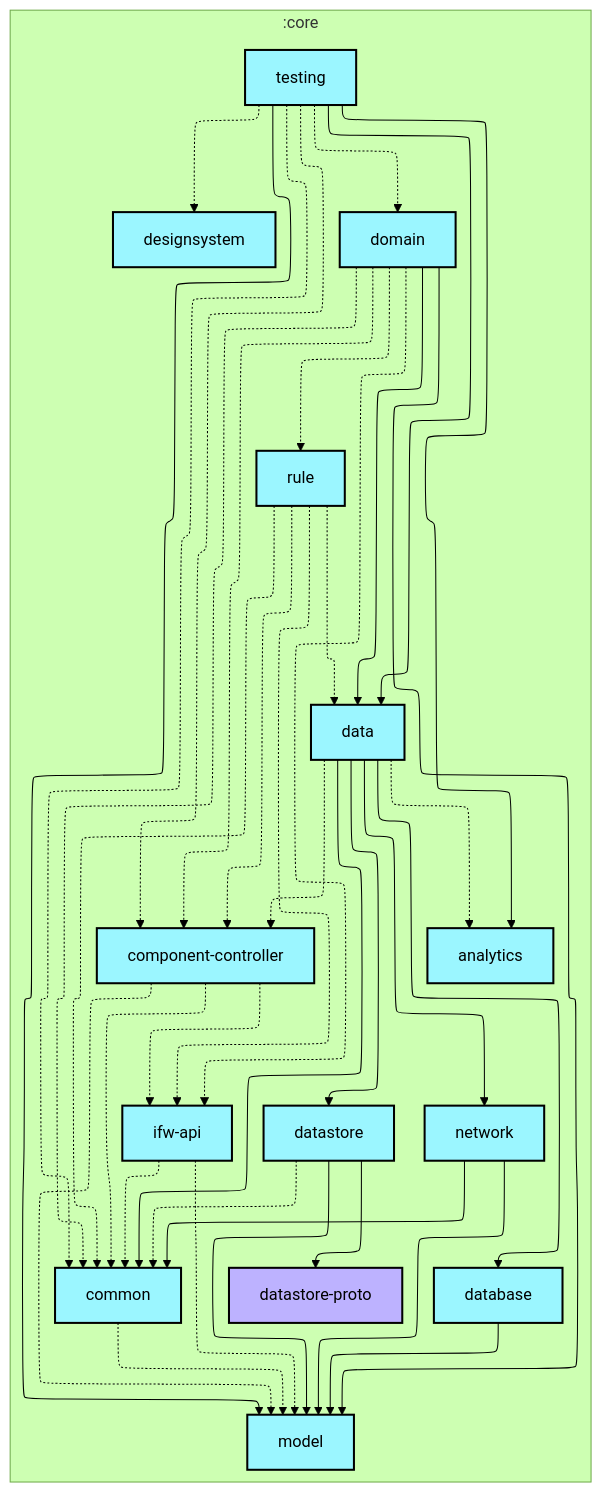
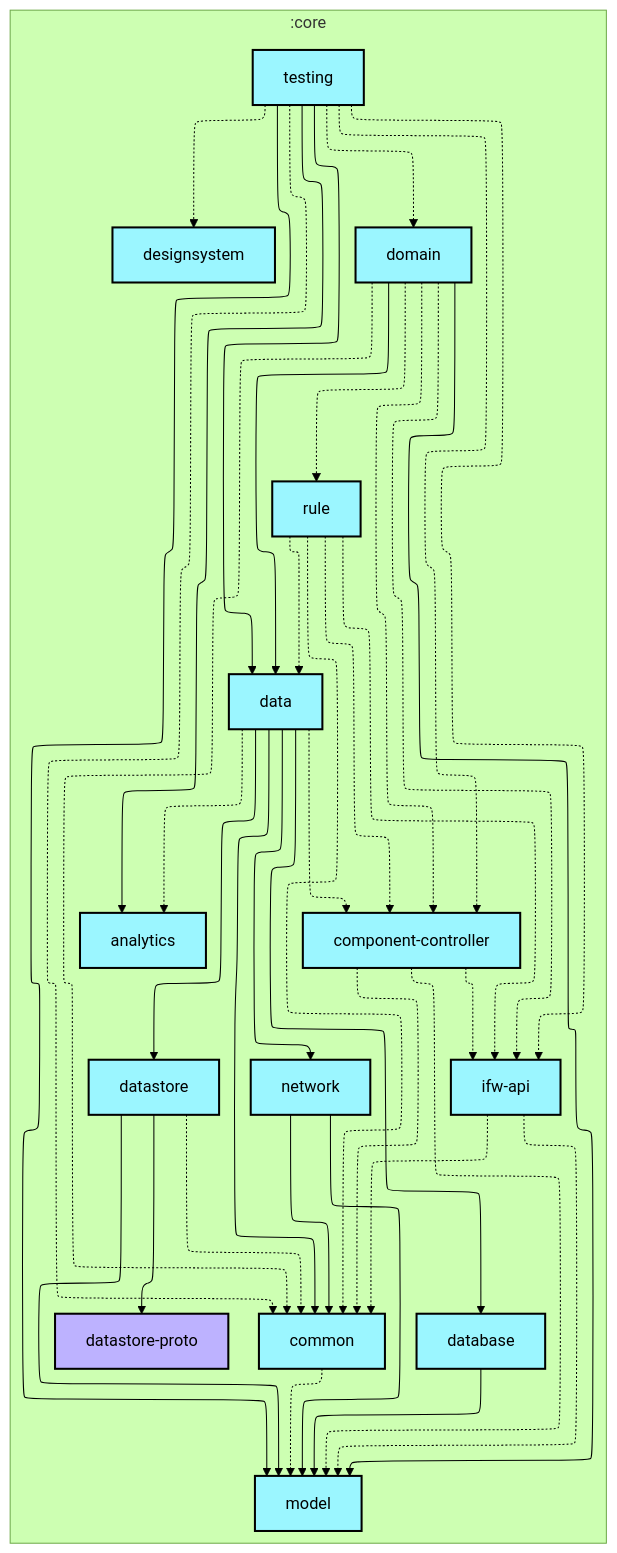
One commit to lihenggui/blocker changed the first of 2 diagrams in core/testing/README.md. Above: the diagram before and after it, drawn with Mermaid (forest theme).

Commit message:
🤖 Updates graphs

````diff
--- a/core/testing/README.md
+++ b/core/testing/README.md
@@ -6,69 +6,70 @@
 ```mermaid
 ---
 config:
   layout: elk
   elk:
     nodePlacementStrategy: SIMPLE
 ---
 graph TB
   subgraph :core
     direction TB
     :core:analytics[analytics]:::android-library
     :core:common[common]:::android-library
     :core:component-controller[component-controller]:::android-library
     :core:data[data]:::android-library
     :core:database[database]:::android-library
     :core:datastore[datastore]:::android-library
     :core:datastore-proto[datastore-proto]:::jvm-library
     :core:designsystem[designsystem]:::android-library
     :core:domain[domain]:::android-library
     :core:ifw-api[ifw-api]:::android-library
     :core:model[model]:::android-library
     :core:network[network]:::android-library
     :core:rule[rule]:::android-library
     :core:testing[testing]:::android-library
   end
 
   :core:common -.-> :core:model
   :core:component-controller -.-> :core:common
   :core:component-controller -.-> :core:ifw-api
   :core:component-controller -.-> :core:model
   :core:data -.-> :core:analytics
   :core:data --> :core:common
   :core:data -.-> :core:component-controller
   :core:data --> :core:database
   :core:data --> :core:datastore
   :core:data --> :core:network
   :core:database --> :core:model
   :core:datastore -.-> :core:common
   :core:datastore --> :core:datastore-proto
   :core:datastore --> :core:model
   :core:domain -.-> :core:common
   :core:domain -.-> :core:component-controller
   :core:domain --> :core:data
   :core:domain -.-> :core:ifw-api
   :core:domain --> :core:model
   :core:domain -.-> :core:rule
   :core:ifw-api -.-> :core:common
   :core:ifw-api -.-> :core:model
   :core:network --> :core:common
   :core:network --> :core:model
   :core:rule -.-> :core:common
   :core:rule -.-> :core:component-controller
   :core:rule -.-> :core:data
   :core:rule -.-> :core:ifw-api
   :core:testing --> :core:analytics
   :core:testing -.-> :core:common
   :core:testing -.-> :core:component-controller
   :core:testing --> :core:data
   :core:testing -.-> :core:designsystem
   :core:testing -.-> :core:domain
+  :core:testing -.-> :core:ifw-api
   :core:testing --> :core:model
 
 classDef android-application fill:#CAFFBF,stroke:#000,stroke-width:2px,color:#000;
 classDef android-feature fill:#FFD6A5,stroke:#000,stroke-width:2px,color:#000;
 classDef android-library fill:#9BF6FF,stroke:#000,stroke-width:2px,color:#000;
 classDef android-test fill:#A0C4FF,stroke:#000,stroke-width:2px,color:#000;
 classDef jvm-library fill:#BDB2FF,stroke:#000,stroke-width:2px,color:#000;
 classDef unknown fill:#FFADAD,stroke:#000,stroke-width:2px,color:#000;
 ```
````
